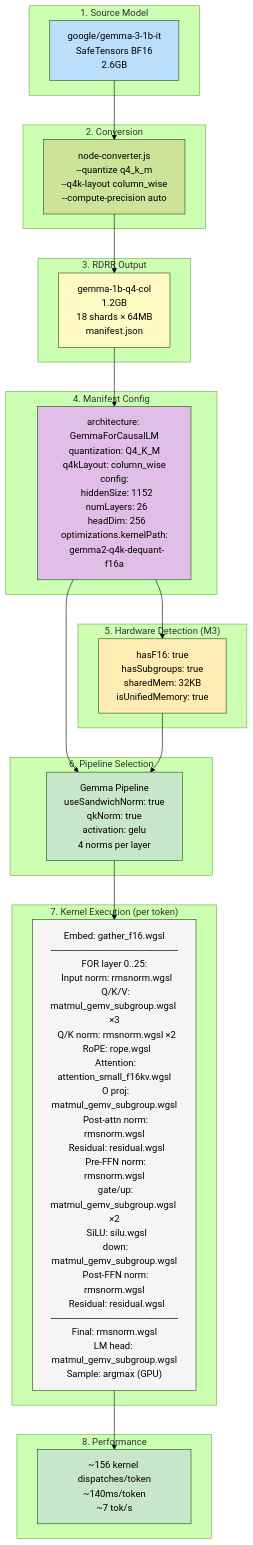
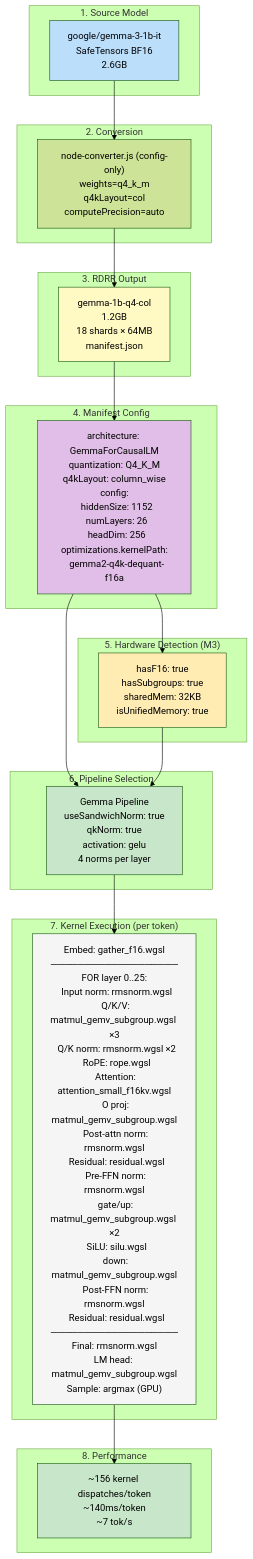
Before and after one commit to clocksmith/doppler: the ninth of 11 diagrams in docs/internals/PIPELINE_EXECUTION.md, drawn with Mermaid (forest theme). The commit also changed other lines of this file and 75 other files, not shown here.

````diff
--- a/docs/internals/PIPELINE_EXECUTION.md
+++ b/docs/internals/PIPELINE_EXECUTION.md
@@ -1216,48 +1216,48 @@
 ```mermaid
 graph TD
     subgraph Stage1["1. Source Model"]
         Source["google/gemma-3-1b-it<br/>SafeTensors BF16<br/>2.6GB"]
     end
 
     subgraph Stage2["2. Conversion"]
-        Conv["node-converter.js<br/>--quantize q4_k_m<br/>--q4k-layout column_wise<br/>--compute-precision auto"]
+        Conv["node-converter.js (config-only)<br/>weights=q4_k_m<br/>q4kLayout=col<br/>computePrecision=auto"]
     end
 
     subgraph Stage3["3. RDRR Output"]
         RDRR["gemma-1b-q4-col<br/>1.2GB<br/>18 shards × 64MB<br/>manifest.json"]
     end
 
     subgraph Stage4["4. Manifest Config"]
         Manifest["architecture: GemmaForCausalLM<br/>quantization: Q4_K_M<br/>q4kLayout: column_wise<br/>config:<br/>&nbsp;&nbsp;hiddenSize: 1152<br/>&nbsp;&nbsp;numLayers: 26<br/>&nbsp;&nbsp;headDim: 256<br/>optimizations.kernelPath:<br/>&nbsp;&nbsp;gemma2-q4k-dequant-f16a"]
     end
 
     subgraph Stage5["5. Hardware Detection (M3)"]
         HW["hasF16: true<br/>hasSubgroups: true<br/>sharedMem: 32KB<br/>isUnifiedMemory: true"]
     end
 
     subgraph Stage6["6. Pipeline Selection"]
         Pipeline["Gemma Pipeline<br/>useSandwichNorm: true<br/>qkNorm: true<br/>activation: gelu<br/>4 norms per layer"]
     end
 
     subgraph Stage7["7. Kernel Execution (per token)"]
         Kernels["Embed: gather_f16.wgsl<br/>───────────────────<br/>FOR layer 0..25:<br/>&nbsp;&nbsp;Input norm: rmsnorm.wgsl<br/>&nbsp;&nbsp;Q/K/V: matmul_gemv_subgroup.wgsl ×3<br/>&nbsp;&nbsp;Q/K norm: rmsnorm.wgsl ×2<br/>&nbsp;&nbsp;RoPE: rope.wgsl<br/>&nbsp;&nbsp;Attention: attention_small_f16kv.wgsl<br/>&nbsp;&nbsp;O proj: matmul_gemv_subgroup.wgsl<br/>&nbsp;&nbsp;Post-attn norm: rmsnorm.wgsl<br/>&nbsp;&nbsp;Residual: residual.wgsl<br/>&nbsp;&nbsp;Pre-FFN norm: rmsnorm.wgsl<br/>&nbsp;&nbsp;gate/up: matmul_gemv_subgroup.wgsl ×2<br/>&nbsp;&nbsp;SiLU: silu.wgsl<br/>&nbsp;&nbsp;down: matmul_gemv_subgroup.wgsl<br/>&nbsp;&nbsp;Post-FFN norm: rmsnorm.wgsl<br/>&nbsp;&nbsp;Residual: residual.wgsl<br/>───────────────────<br/>Final: rmsnorm.wgsl<br/>LM head: matmul_gemv_subgroup.wgsl<br/>Sample: argmax (GPU)"]
     end
 
     subgraph Stage8["8. Performance"]
         Perf["~156 kernel dispatches/token<br/>~140ms/token<br/>~7 tok/s"]
     end
 
     Source --> Conv --> RDRR --> Manifest
     Manifest --> HW
     Manifest --> Pipeline
     HW --> Pipeline
     Pipeline --> Kernels --> Perf
 
     style Source fill:#bbdefb
     style RDRR fill:#fff9c4
     style Manifest fill:#e1bee7
     style HW fill:#ffecb3
     style Pipeline fill:#c8e6c9
     style Kernels fill:#f5f5f5
     style Perf fill:#c8e6c9
 ```
````
